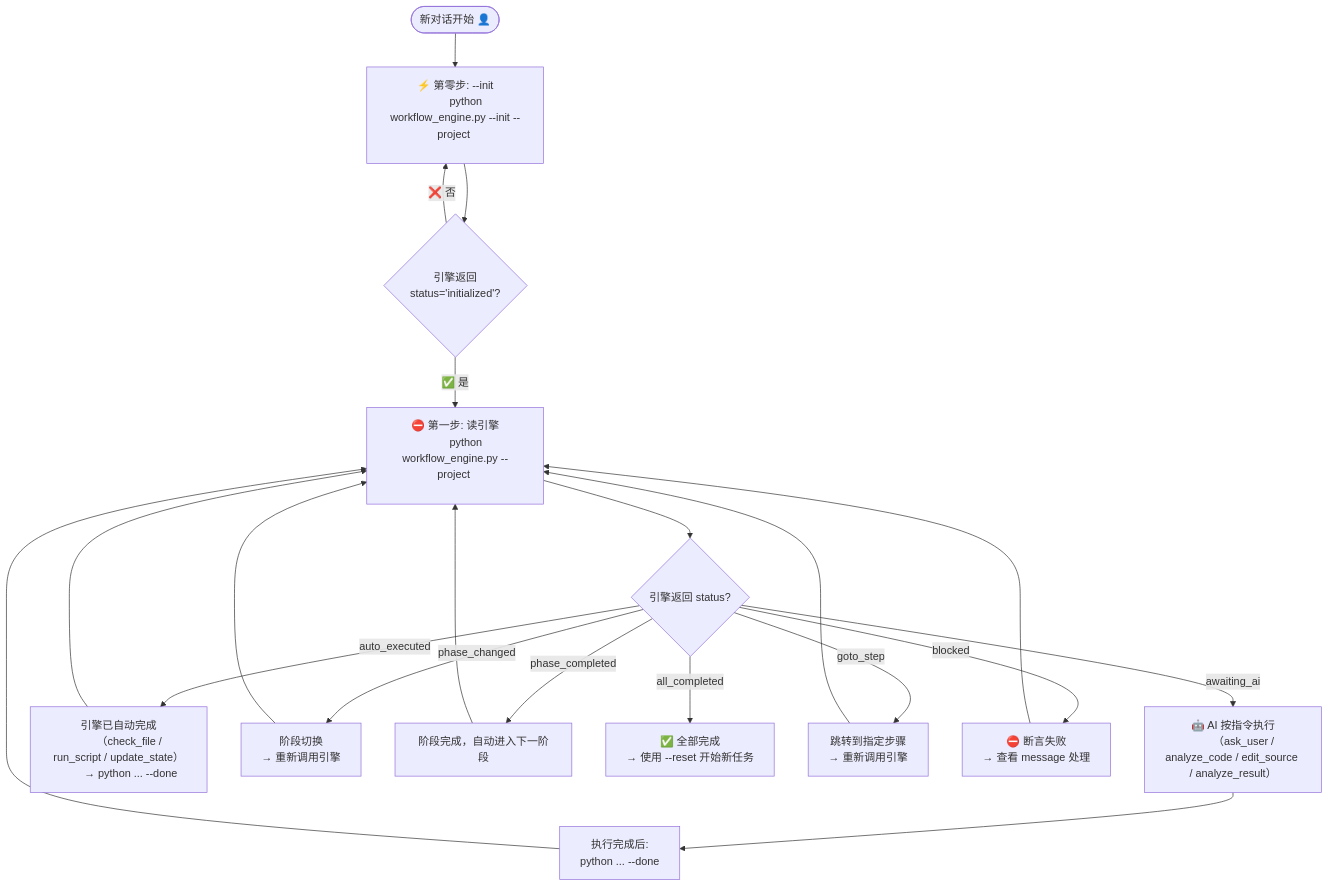
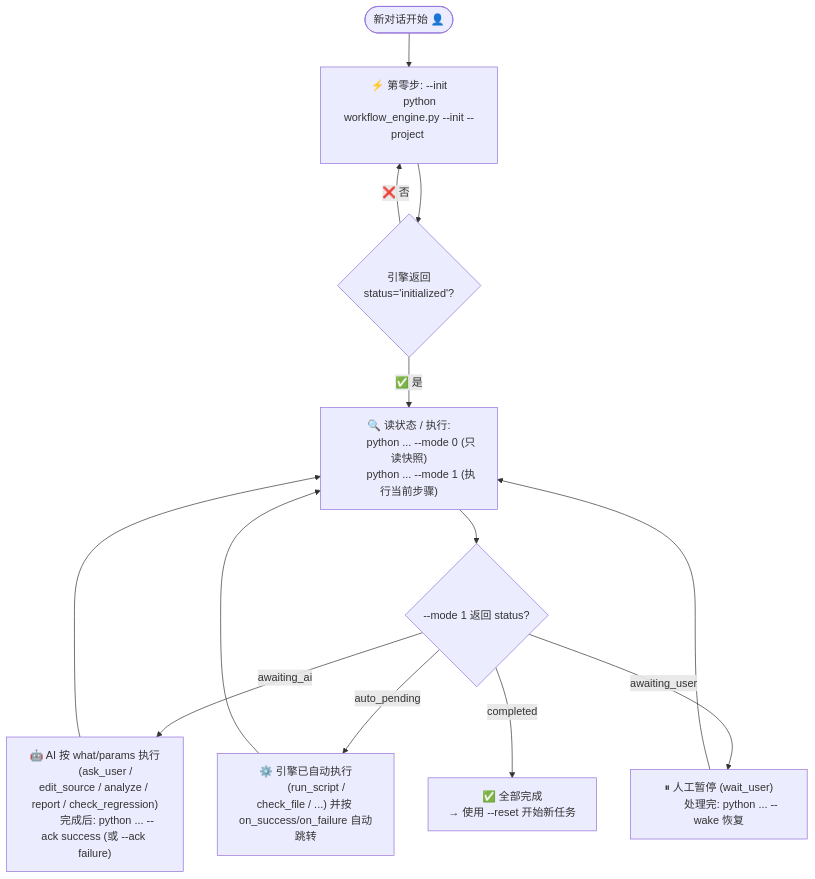
The first of 3 diagrams in embedded-debug-workflow/refs/workflow-diagram.md (kzl31/embedded-debug-workflow), drawn with Mermaid before and after one commit. The commit also changed other lines of this file and 20 other files, not shown here.

````diff
--- a/embedded-debug-workflow/refs/workflow-diagram.md
+++ b/embedded-debug-workflow/refs/workflow-diagram.md
@@ -5,44 +8,29 @@
 ```mermaid
 flowchart TD
-    %% ═══════════════════════════════════════════════════════════
-    %% 引擎交互模式（外层驱动层）
-    %% ═══════════════════════════════════════════════════════════
     Start(["新对话开始 👤"]) --> Step0["⚡ 第零步: --init
         python workflow_engine.py --init --project <dir>"]
     Step0 --> InitOk{"引擎返回
         status='initialized'?"}
-    InitOk -->|✅ 是| Step1["⛔ 第一步: 读引擎
-        python workflow_engine.py --project <dir>"]
+    InitOk -->|✅ 是| Step1["🔍 读状态 / 执行:
+        python ... --mode 0 (只读快照)
+        python ... --mode 1 (执行当前步骤)"]
     InitOk -->|❌ 否| Step0
 
-    Step1 --> RunOk{"引擎返回 status?"}
+    Step1 --> RunOk{"--mode 1 返回 status?"}
 
-    RunOk -->|"awaiting_ai"| AiDo["🤖 AI 按指令执行
-        （ask_user / analyze_code / edit_source / analyze_result）"]
-    AiDo --> AiDone["执行完成后:
-        python ... --done"]
-    AiDone --> Step1
+    RunOk -->|"awaiting_ai"| AiDo["🤖 AI 按 what/params 执行
+        (ask_user / edit_source / analyze / report / check_regression)
+        完成后: python ... --ack success (或 --ack failure)"]
+    AiDo --> Step1
 
-    RunOk -->|"auto_executed"| AutoDone["引擎已自动完成
-        （check_file / run_script / update_state）
-        → python ... --done"]
+    RunOk -->|"auto_pending"| AutoDone["⚙️ 引擎已自动执行
+        (run_script / check_file / ...) 并按 on_success/on_failure 自动跳转"]
     AutoDone --> Step1
 
-    RunOk -->|"phase_changed"| PhaseNew["阶段切换
-        → 重新调用引擎"]
-    PhaseNew --> Step1
+    RunOk -->|"awaiting_user"| Wait["⏸ 人工暂停 (wait_user)
+        处理完: python ... --wake 恢复"]
+    Wait --> Step1
 
-    RunOk -->|"phase_completed"| PhaseDone["阶段完成，自动进入下一阶段"]
-    PhaseDone --> Step1
-
-    RunOk -->|"all_completed"| AllDone["✅ 全部完成
+    RunOk -->|"completed"| AllDone["✅ 全部完成
         → 使用 --reset 开始新任务"]
-
-    RunOk -->|"goto_step"| Goto["跳转到指定步骤
-        → 重新调用引擎"]
-    Goto --> Step1
-
-    RunOk -->|"blocked"| Blocked["⛔ 断言失败
-        → 查看 message 处理"]
-    Blocked --> Step1
 ```
````
